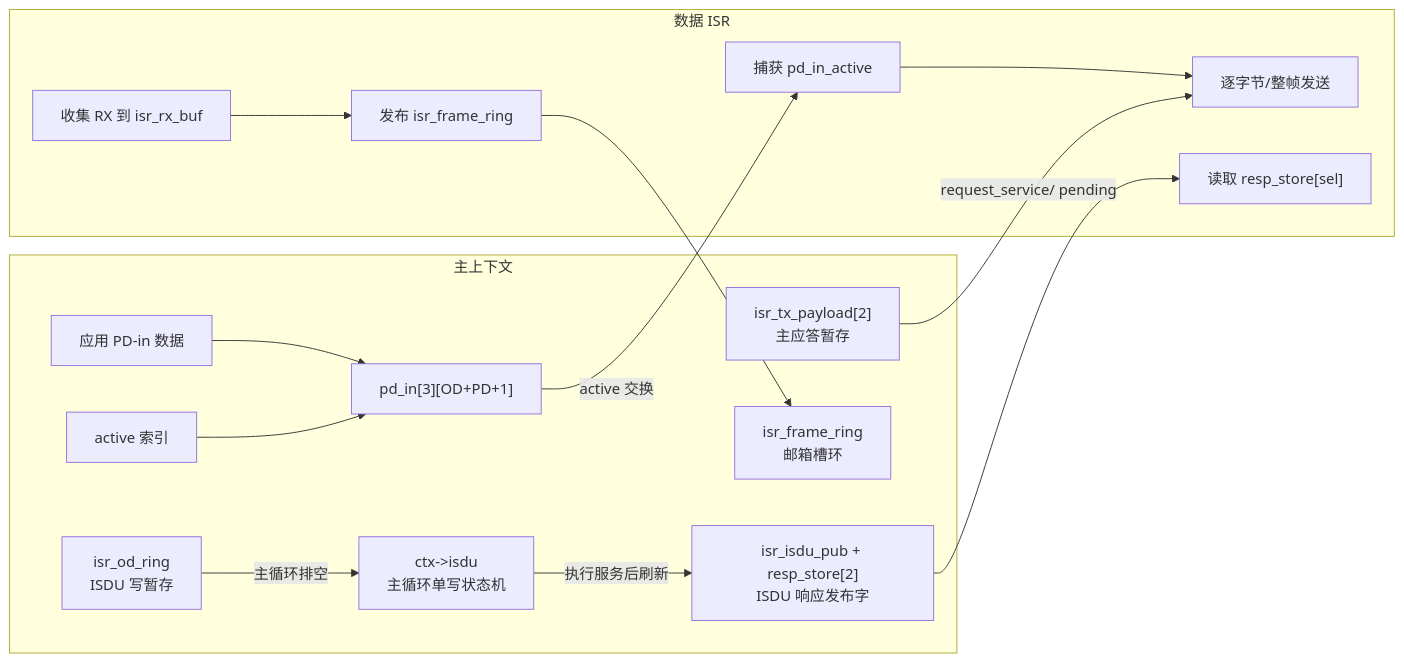
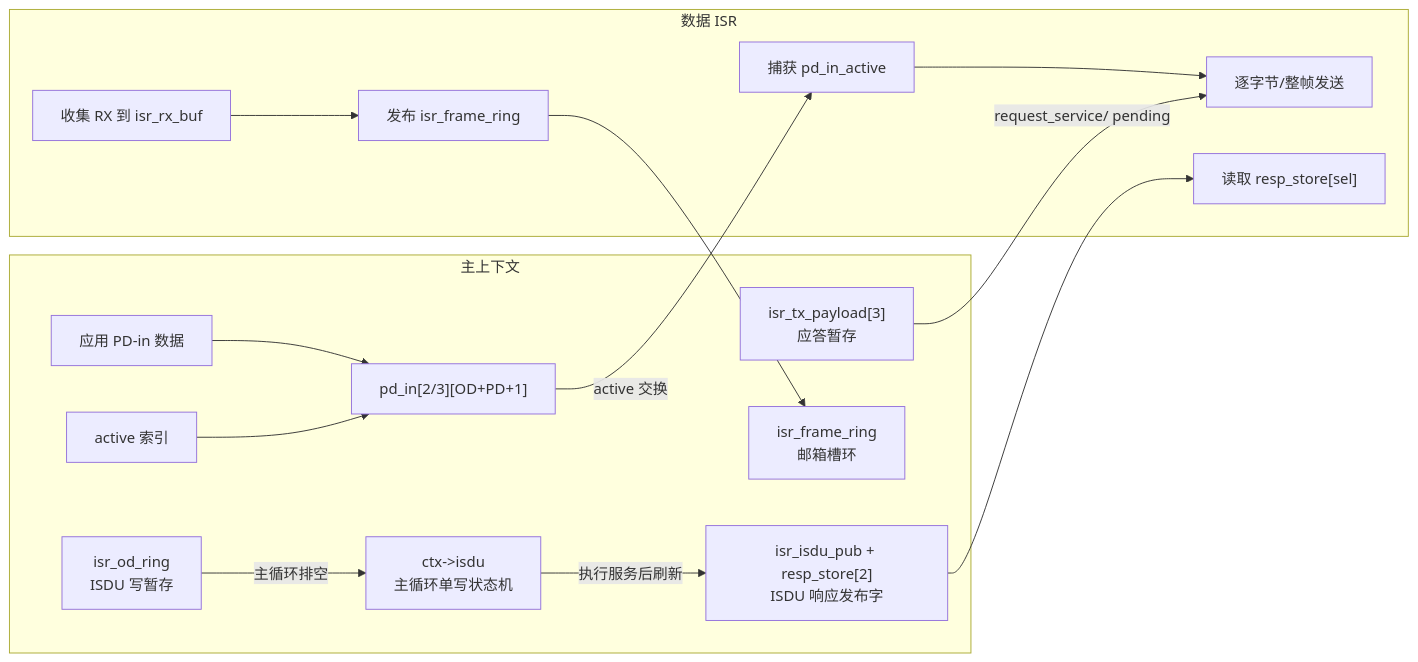
Diagram 16 of 16 in docs/CODE_FLOW.md (Adlyq/iolinki), drawn with Mermaid before and after one commit. The commit also changed other lines of this file and 8 other files, not shown here.

````diff
--- a/docs/CODE_FLOW.md
+++ b/docs/CODE_FLOW.md
@@ -825,30 +825,30 @@
 ```mermaid
 flowchart LR
     subgraph MAIN["主上下文"]
         M1["应用 PD-in 数据"]
-        M2["pd_in[3][OD+PD+1]"]
+        M2["pd_in[2/3][OD+PD+1]"]
         M3["active 索引"]
-        M4["isr_tx_payload[2]<br/>主应答暂存"]
+        M4["isr_tx_payload[3]<br/>应答暂存"]
         M5["isr_od_ring<br/>ISDU 写暂存"]
         M8["ctx->isdu<br/>主循环单写状态机"]
         M6["isr_isdu_pub + resp_store[2]<br/>ISDU 响应发布字"]
         M7["isr_frame_ring<br/>邮箱槽环"]
     end
     subgraph ISR["数据 ISR"]
         I1["捕获 pd_in_active"]
         I2["逐字节/整帧发送"]
         I3["收集 RX 到 isr_rx_buf"]
         I4["读取 resp_store[sel]"]
         I5["发布 isr_frame_ring"]
     end
     M1 --> M2
     M3 --> M2
     M2 -->|active 交换| I1
     I1 --> I2
     M4 -->|request_service/ pending| I2
     M5 -->|主循环排空| M8
     M8 -->|执行服务后刷新| M6
     M6 --> I4
     I3 --> I5
     I5 --> M7
 ```
````
